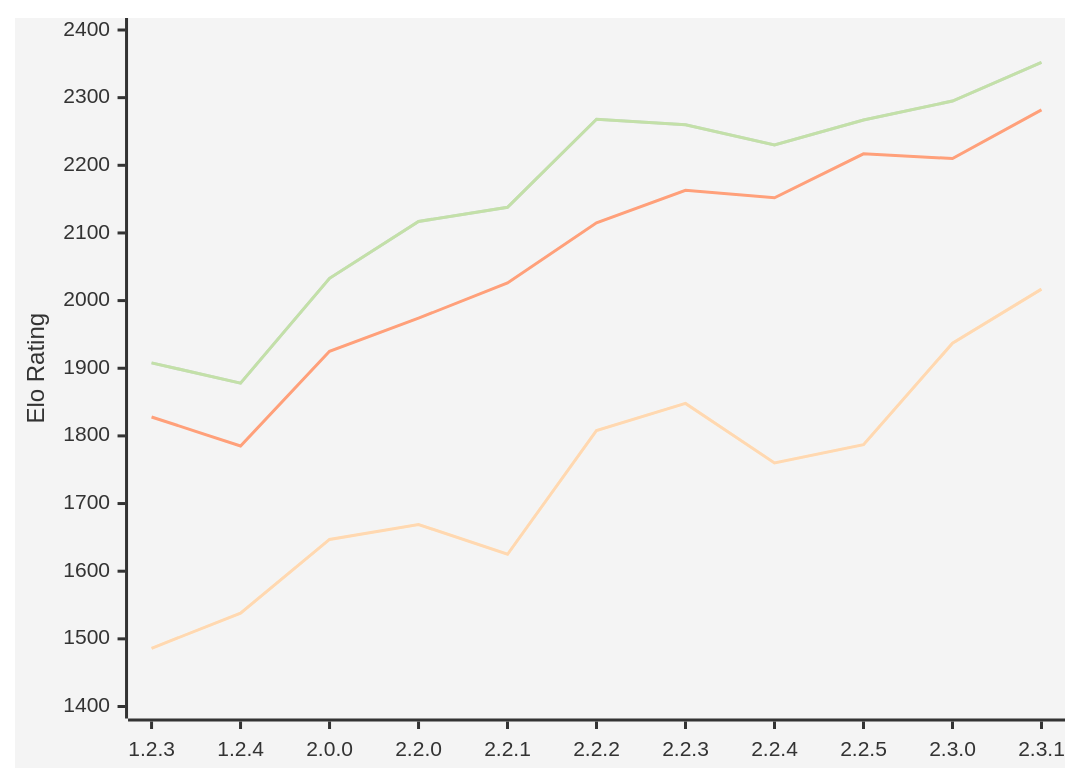
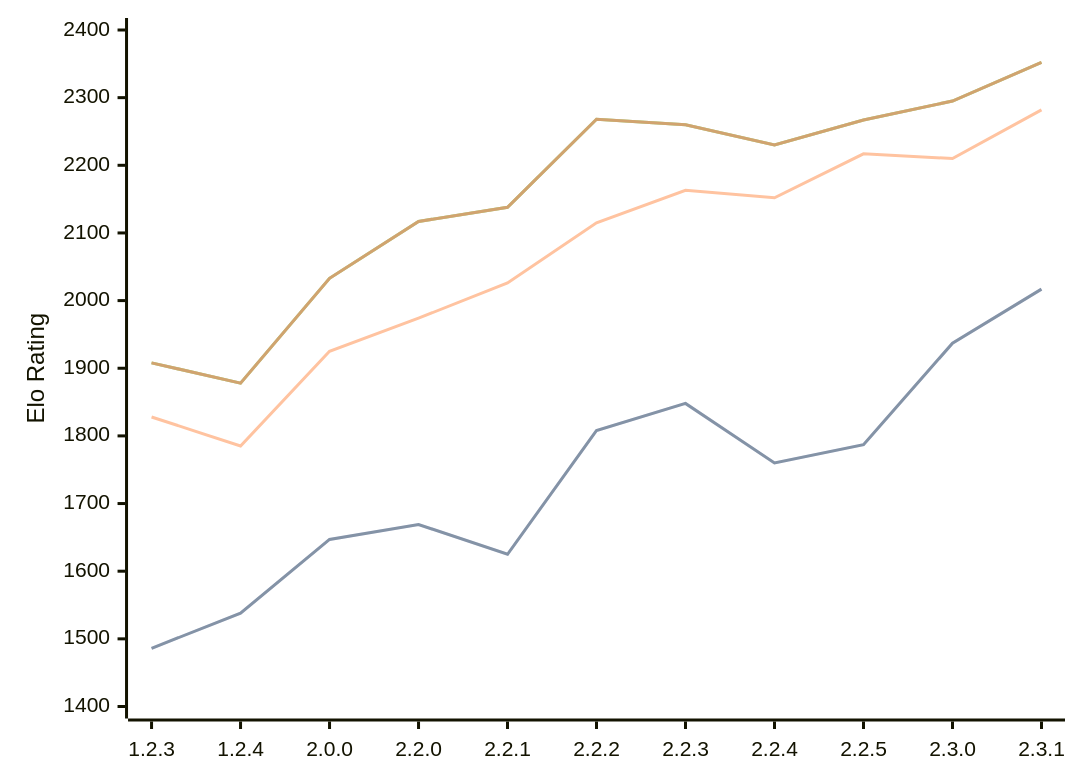
One commit to computer-chess-index/cci changed the first of 2 diagrams in engines/Kreveta.md. Above: the diagram before and after it, drawn with Mermaid. The commit also changed other lines of this file, not shown here.

````diff
--- a/engines/Kreveta.md
+++ b/engines/Kreveta.md
@@ -43,12 +43,11 @@
 ```mermaid
-%%{init: {"theme":"base","themeVariables":{"seriesColors":["#6e6e6e","#f4a261","#2a9d8f"]}}}%%
 xychart-beta
   x-axis ["1.2.3", "1.2.4", "2.0.0", "2.2.0", "2.2.1", "2.2.2", "2.2.3", "2.2.4", "2.2.5", "2.3.0", "2.3.1"]
   y-axis "Elo Rating" 1400 --> 2400
   line "① STC (8.0+0.08s)" [1486, 1538, 1647, 1669, 1625, 1808, 1848, 1760, 1787, 1937, 2017]
   line "① STC (8.0+0.08s)" [1486, 1538, 1647, 1669, 1625, 1808, 1848, 1760, 1787, 1937, 2017]
   line "② LTC (60.0+0.60s)" [1828, 1785, 1925, 1974, 2026, 2115, 2163, 2152, 2217, 2210, 2282]
   line "③ VLTC (2m24s+1.12s)" [1908, 1878, 2033, 2117, 2138, 2268, 2260, 2230, 2267, 2295, 2352]
   line "③ VLTC (2m24s+1.12s)" [1908, 1878, 2033, 2117, 2138, 2268, 2260, 2230, 2267, 2295, 2352]
   line "③ VLTC (2m24s+1.12s)" [1908, 1878, 2033, 2117, 2138, 2268, 2260, 2230, 2267, 2295, 2352]
 ```
````
